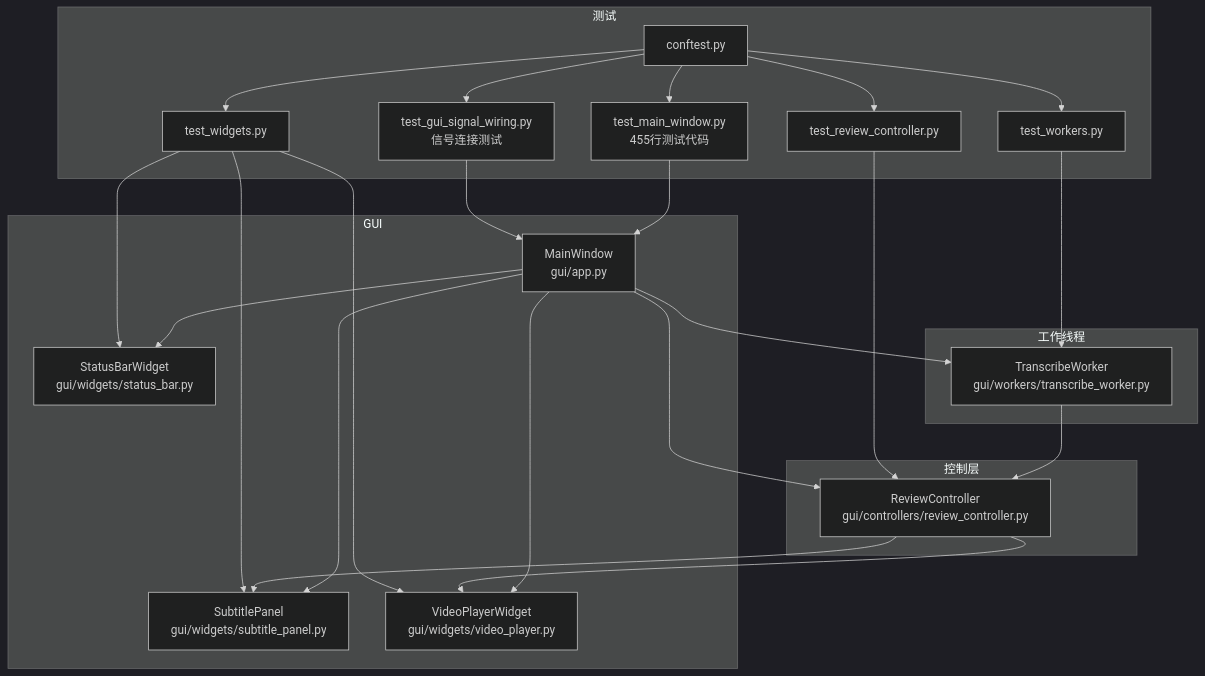
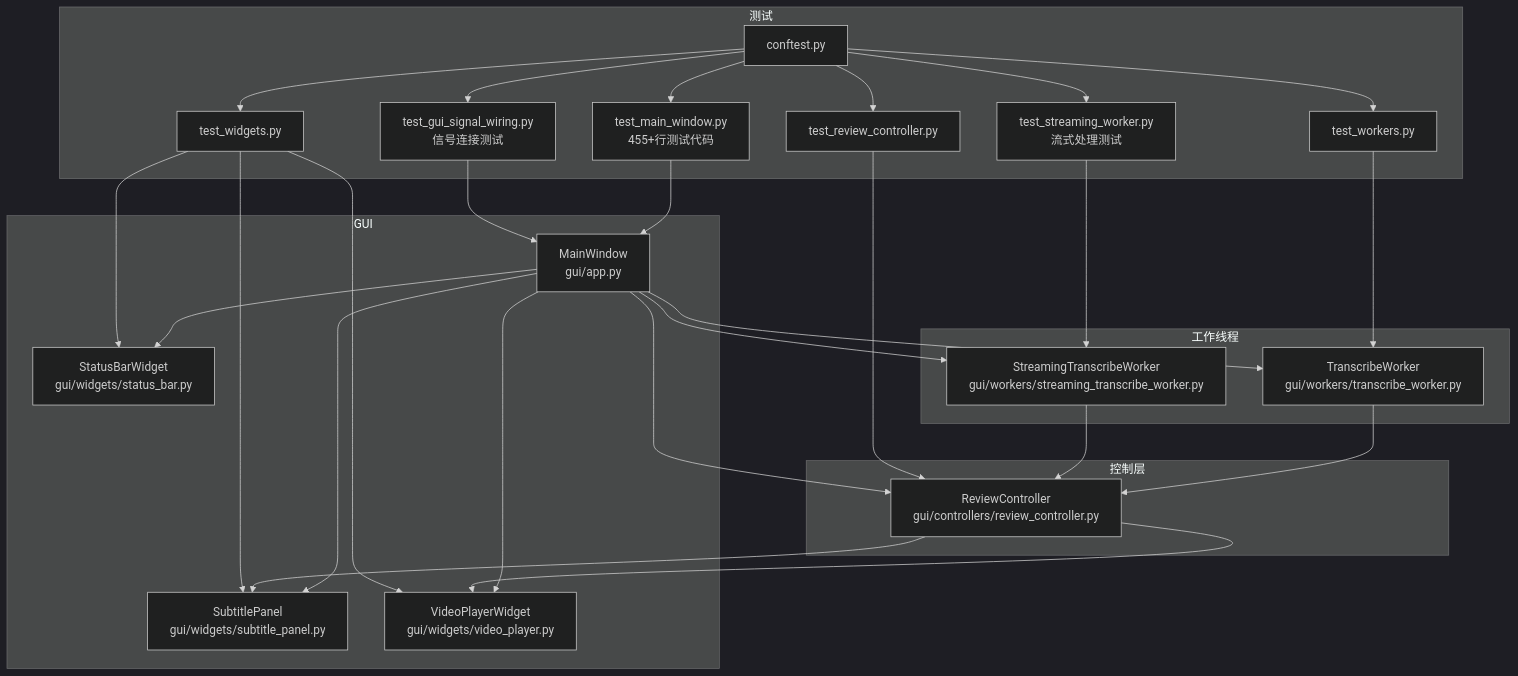
One commit to boyingliu01/VideoSplitter changed the first of 14 diagrams in .qoder/repowiki/zh/content/测试与质量保证/GUI测试.md. Above: the diagram before and after it, drawn with Mermaid (dark theme). The commit also changed other lines of this file and 147 other files, not shown here.

````diff
--- a/.qoder/repowiki/zh/content/测试与质量保证/GUI测试.md
+++ b/.qoder/repowiki/zh/content/测试与质量保证/GUI测试.md
@@ -55,43 +60,49 @@
 ```mermaid
 graph TB
 subgraph "GUI"
 A["MainWindow<br/>gui/app.py"]
 B["SubtitlePanel<br/>gui/widgets/subtitle_panel.py"]
 C["VideoPlayerWidget<br/>gui/widgets/video_player.py"]
 D["StatusBarWidget<br/>gui/widgets/status_bar.py"]
 end
 subgraph "控制层"
 E["ReviewController<br/>gui/controllers/review_controller.py"]
 end
 subgraph "工作线程"
 F["TranscribeWorker<br/>gui/workers/transcribe_worker.py"]
+G["StreamingTranscribeWorker<br/>gui/workers/streaming_transcribe_worker.py"]
 end
 subgraph "测试"
-T1["test_main_window.py<br/>455行测试代码"]
+T1["test_main_window.py<br/>455+行测试代码"]
 T2["test_widgets.py"]
 T3["test_review_controller.py"]
 T4["test_workers.py"]
-T5["test_gui_signal_wiring.py<br/>信号连接测试"]
+T5["test_streaming_worker.py<br/>流式处理测试"]
+T6["test_gui_signal_wiring.py<br/>信号连接测试"]
 TC["conftest.py"]
 end
 A --> B
 A --> C
 A --> D
 A --> E
 A --> F
+A --> G
 E --> B
 E --> C
 F --> E
+G --> E
 T1 --> A
 T2 --> B
 T2 --> C
 T2 --> D
 T3 --> E
 T4 --> F
-T5 --> A
+T5 --> G
+T6 --> A
 TC --> T1
 TC --> T2
 TC --> T3
 TC --> T4
 TC --> T5
+TC --> T6
 ```
````
